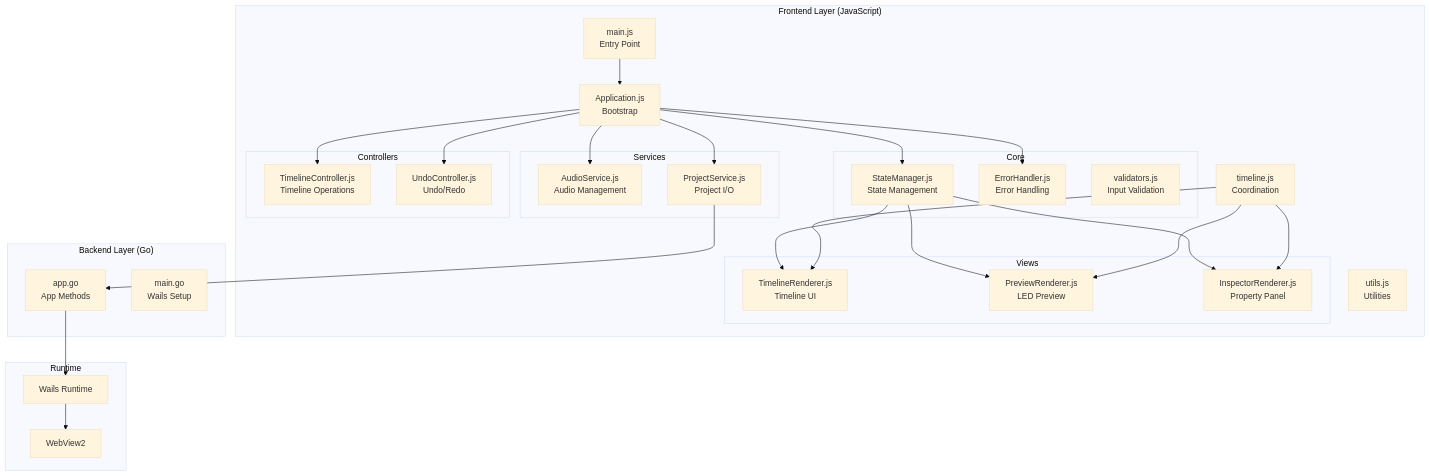
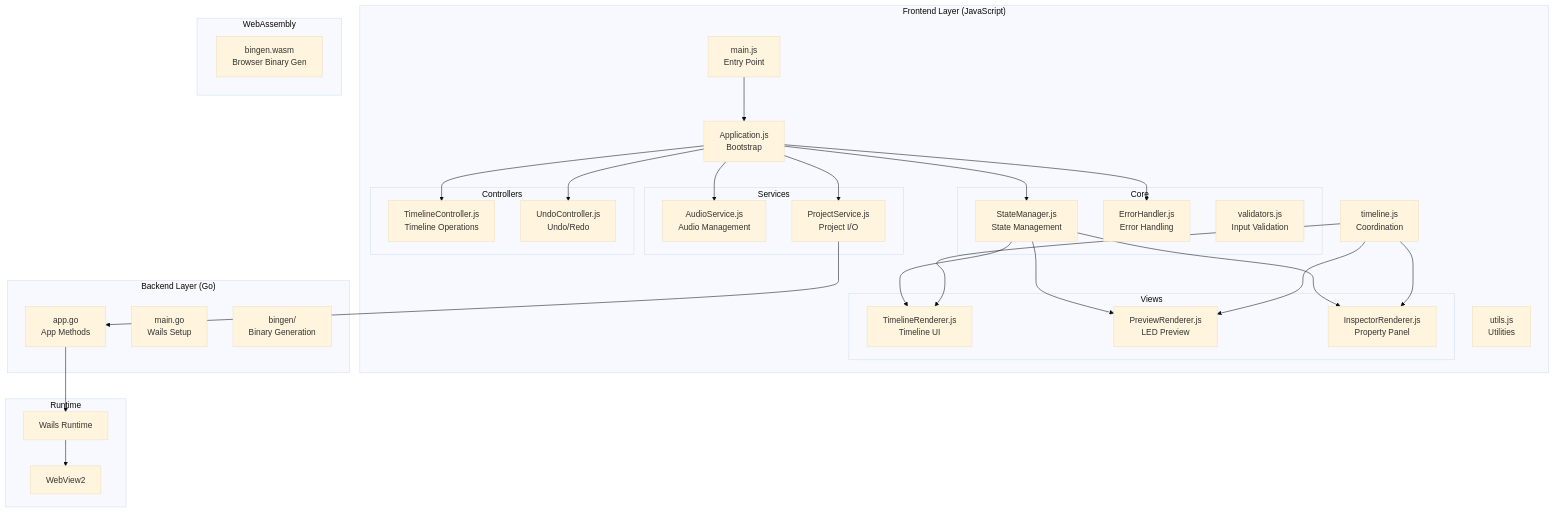
Before and after one commit to picolume/studio: the second of 11 diagrams in SOFTWARE_REQUIREMENTS_DOCUMENT.md, drawn with Mermaid (base theme). The commit also changed other lines of this file and 12 other files, not shown here.

Commit message:
created a showbin.wasm module to replace the JS implementation of the binary build function

````diff
--- a/SOFTWARE_REQUIREMENTS_DOCUMENT.md
+++ b/SOFTWARE_REQUIREMENTS_DOCUMENT.md
@@ -111,62 +111,67 @@
 ```mermaid
 flowchart TB
     subgraph "Frontend Layer (JavaScript)"
         MAIN[main.js<br/>Entry Point]
         APP[Application.js<br/>Bootstrap]
 
         subgraph "Core"
             SM[StateManager.js<br/>State Management]
             EH[ErrorHandler.js<br/>Error Handling]
             VAL[validators.js<br/>Input Validation]
         end
 
         subgraph "Services"
             AS[AudioService.js<br/>Audio Management]
             PS[ProjectService.js<br/>Project I/O]
         end
 
         subgraph "Controllers"
             TC[TimelineController.js<br/>Timeline Operations]
             UC[UndoController.js<br/>Undo/Redo]
         end
 
         subgraph "Views"
             TR[TimelineRenderer.js<br/>Timeline UI]
             PR[PreviewRenderer.js<br/>LED Preview]
             IR[InspectorRenderer.js<br/>Property Panel]
         end
 
         TL[timeline.js<br/>Coordination]
         UTILS[utils.js<br/>Utilities]
     end
 
     subgraph "Backend Layer (Go)"
         APPGO[app.go<br/>App Methods]
         MAINGO[main.go<br/>Wails Setup]
+        BINGEN[bingen/<br/>Binary Generation]
+    end
+
+    subgraph "WebAssembly"
+        WASM[bingen.wasm<br/>Browser Binary Gen]
     end
 
     subgraph "Runtime"
         WAILS[Wails Runtime]
         WV[WebView2]
     end
 
     MAIN --> APP
     APP --> SM
     APP --> AS
     APP --> PS
     APP --> TC
     APP --> UC
     APP --> EH
 
     SM --> TR
     SM --> PR
     SM --> IR
 
     TL --> TR
     TL --> PR
     TL --> IR
 
     PS --> APPGO
     APPGO --> WAILS
     WAILS --> WV
 ```
````
